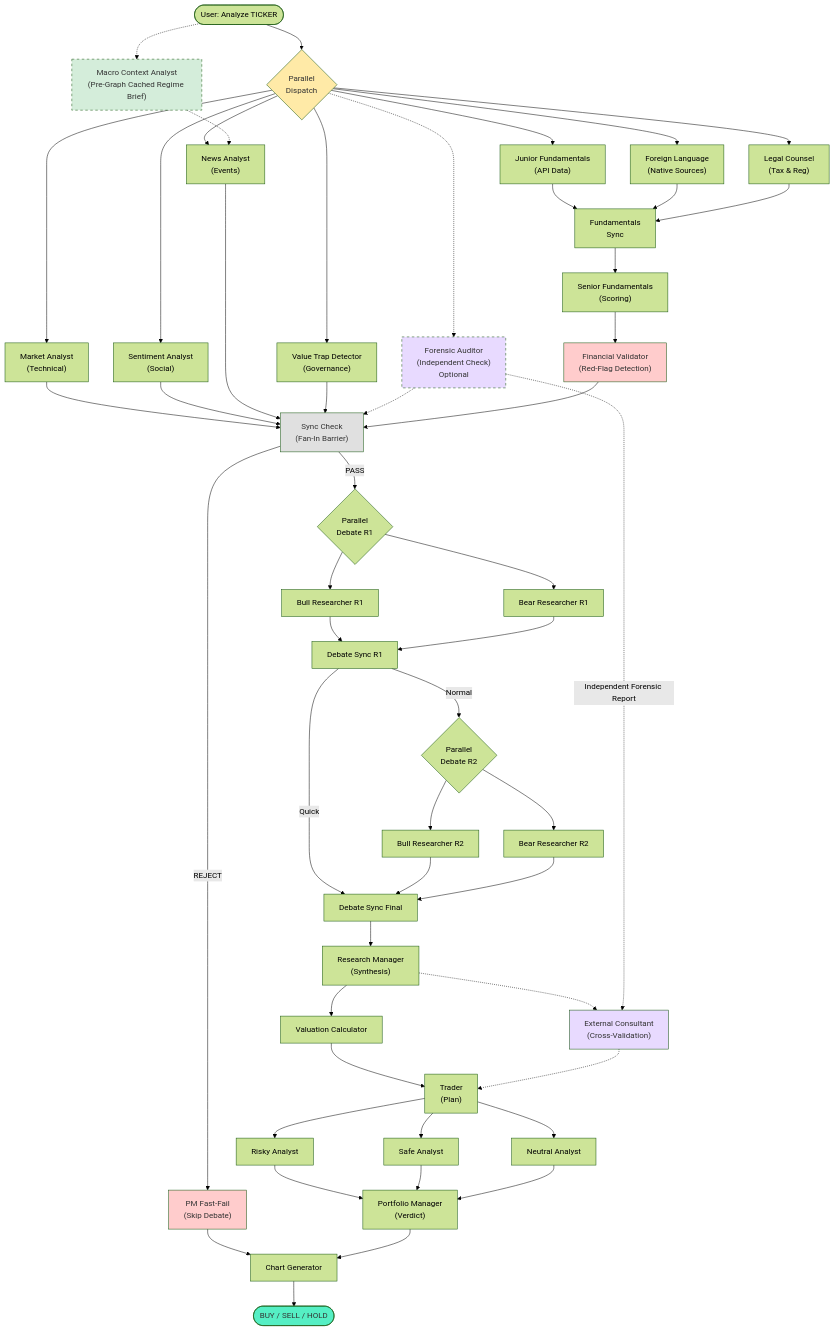
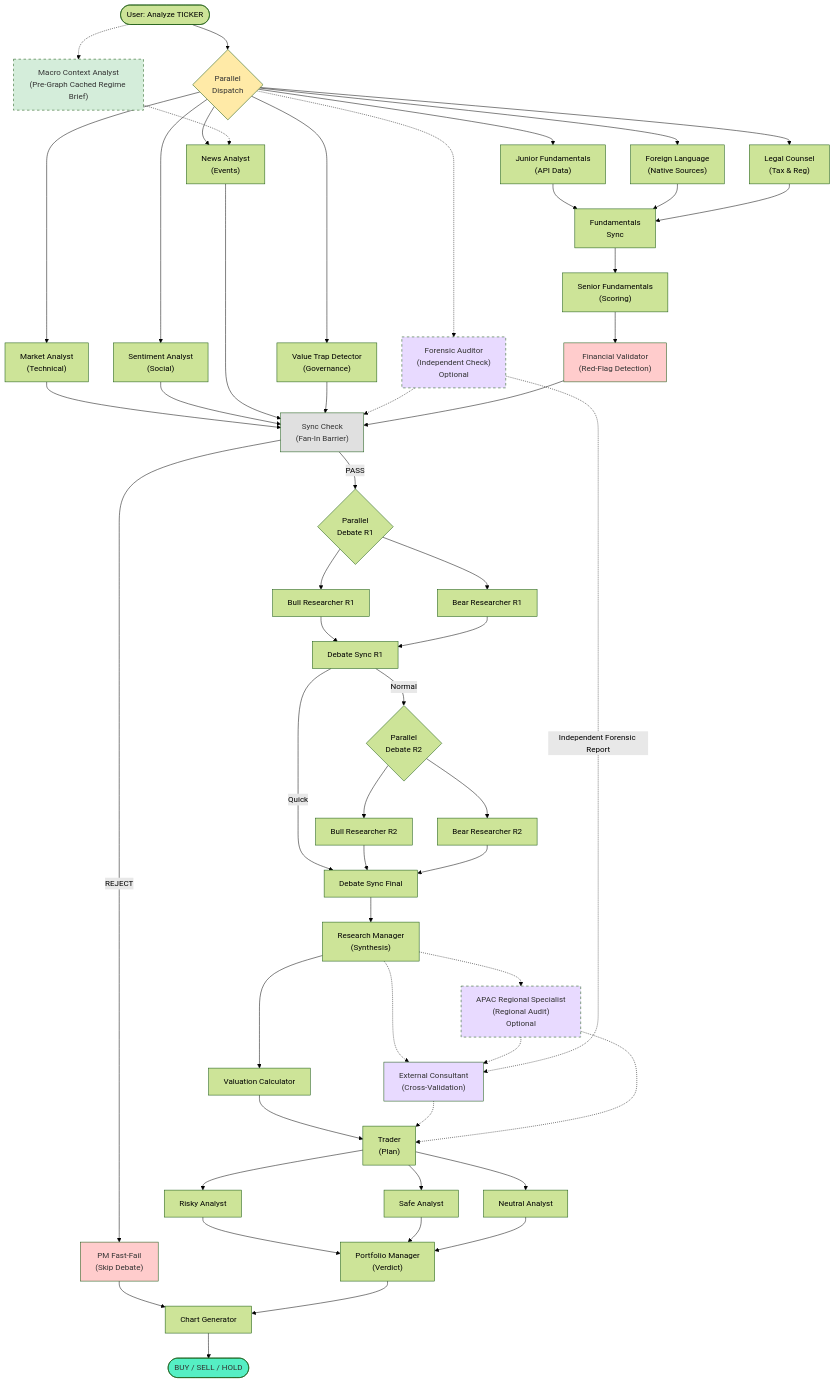
One commit to rgoerwit/ai-investment-agent changed the diagram in README.md. Above: the diagram before and after it, drawn with Mermaid (forest theme). The commit also changed other lines of this file and 21 other files, not shown here.

````diff
--- a/README.md
+++ b/README.md
@@ -31,75 +31,79 @@
 ```mermaid
 graph TB
     Start(["User: Analyze TICKER"]) --> Dispatcher{"Parallel<br/>Dispatch"}
     Start -.-> MacroCtx["Macro Context Analyst<br/>(Pre-Graph Cached Regime Brief)"]
 
     Dispatcher --> MarketAnalyst["Market Analyst<br/>(Technical)"]
     Dispatcher --> SentimentAnalyst["Sentiment Analyst<br/>(Social)"]
     Dispatcher --> NewsAnalyst["News Analyst<br/>(Events)"]
     Dispatcher --> JuniorFund["Junior Fundamentals<br/>(API Data)"]
     Dispatcher --> ForeignLang["Foreign Language<br/>(Native Sources)"]
     Dispatcher --> LegalCounsel["Legal Counsel<br/>(Tax & Reg)"]
     Dispatcher --> ValueTrap["Value Trap Detector<br/>(Governance)"]
     Dispatcher -.-> Auditor["Forensic Auditor<br/>(Independent Check)<br/>Optional"]
 
     MacroCtx -.-> NewsAnalyst
 
     MarketAnalyst --> SyncCheck["Sync Check<br/>(Fan-In Barrier)"]
     SentimentAnalyst --> SyncCheck
     NewsAnalyst --> SyncCheck
     ValueTrap --> SyncCheck
     Auditor -.-> SyncCheck
 
     JuniorFund --> FundSync["Fundamentals<br/>Sync"]
     ForeignLang --> FundSync
     LegalCounsel --> FundSync
     FundSync --> SeniorFund["Senior Fundamentals<br/>(Scoring)"]
     SeniorFund --> Validator["Financial Validator<br/>(Red-Flag Detection)"]
     Validator --> SyncCheck
 
     SyncCheck -->|"REJECT"| PMFastFail["PM Fast-Fail<br/>(Skip Debate)"]
     SyncCheck -->|"PASS"| DebateR1{"Parallel<br/>Debate R1"}
 
     DebateR1 --> BullR1["Bull Researcher R1"]
     DebateR1 --> BearR1["Bear Researcher R1"]
     BullR1 --> DebateSyncR1["Debate Sync R1"]
     BearR1 --> DebateSyncR1
 
     DebateSyncR1 -->|"Normal"| DebateR2{"Parallel<br/>Debate R2"}
     DebateSyncR1 -->|"Quick"| DebateSyncFinal["Debate Sync Final"]
 
     DebateR2 --> BullR2["Bull Researcher R2"]
     DebateR2 --> BearR2["Bear Researcher R2"]
     BullR2 --> DebateSyncFinal
     BearR2 --> DebateSyncFinal
 
     DebateSyncFinal --> ResearchManager["Research Manager<br/>(Synthesis)"]
     ResearchManager --> ValuationCalc["Valuation Calculator"]
+    ResearchManager -.-> APACSpecialist["APAC Regional Specialist<br/>(Regional Audit)<br/>Optional"]
     ResearchManager -.-> Consultant["External Consultant<br/>(Cross-Validation)"]
+    APACSpecialist -.-> Consultant
     Auditor -.->|Independent Forensic Report| Consultant
 
     ValuationCalc --> Trader["Trader<br/>(Plan)"]
     Consultant -.-> Trader
+    APACSpecialist -.-> Trader
 
     Trader --> RiskyAnalyst["Risky Analyst"]
     Trader --> SafeAnalyst["Safe Analyst"]
     Trader --> NeutralAnalyst["Neutral Analyst"]
 
     RiskyAnalyst --> PortfolioManager["Portfolio Manager<br/>(Verdict)"]
     SafeAnalyst --> PortfolioManager
     NeutralAnalyst --> PortfolioManager
 
     PMFastFail --> ChartGen["Chart Generator"]
     PortfolioManager --> ChartGen
 
     ChartGen --> Decision(["BUY / SELL / HOLD"])
 
     style Dispatcher fill:#ffeaa7,color:#333
     style MacroCtx fill:#d4edda,color:#333,stroke-dasharray: 5 5
     style SyncCheck fill:#e0e0e0,color:#333
     style Validator fill:#ffcccc,color:#333
+    style APACSpecialist fill:#e8daff,color:#333,stroke-dasharray: 5 5
     style Consultant fill:#e8daff,color:#333
     style Auditor fill:#e8daff,color:#333,stroke-dasharray: 5 5
     style PMFastFail fill:#ffcccc,color:#333
     style Decision fill:#55efc4,color:#333
 ```
````
